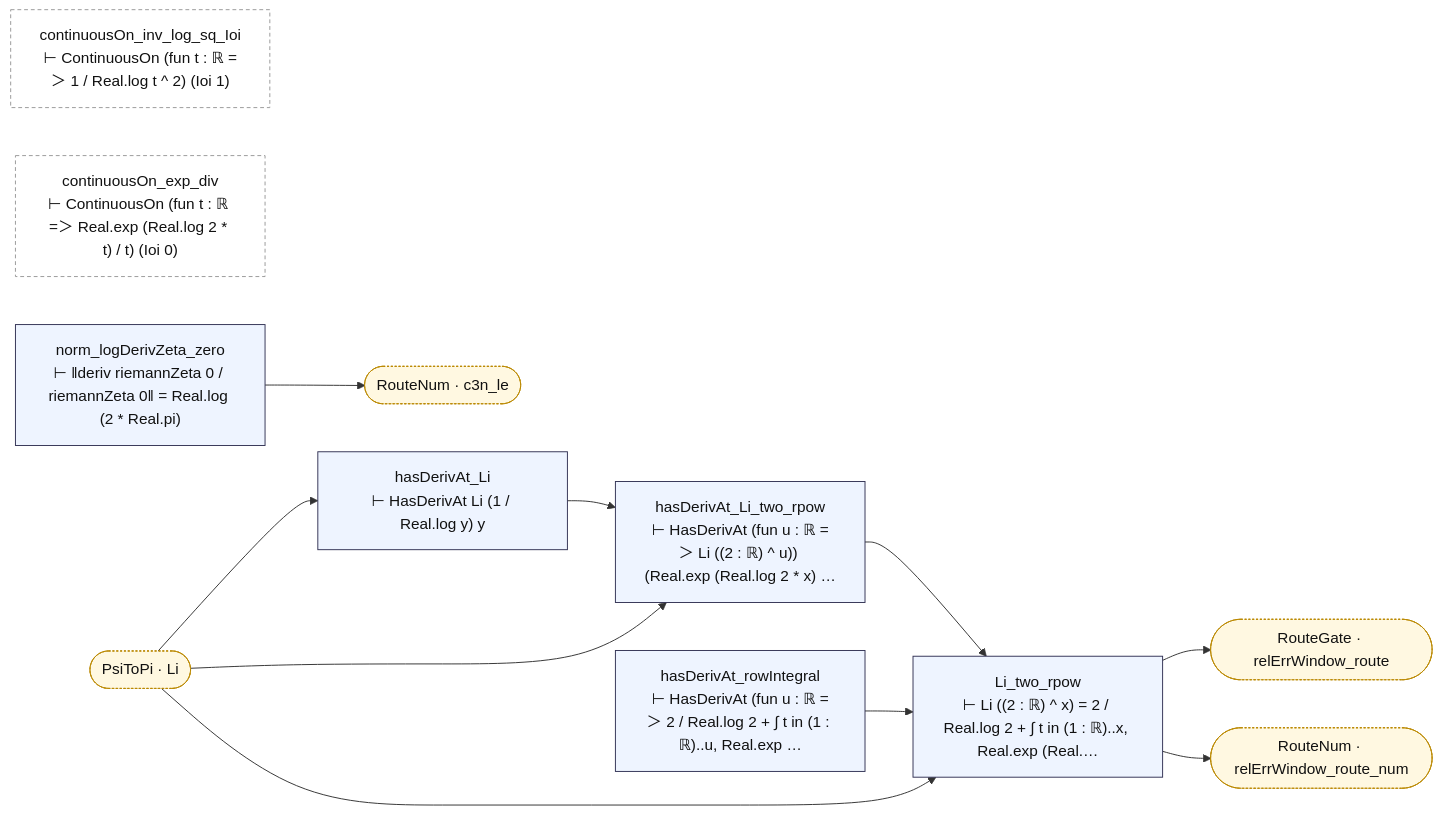
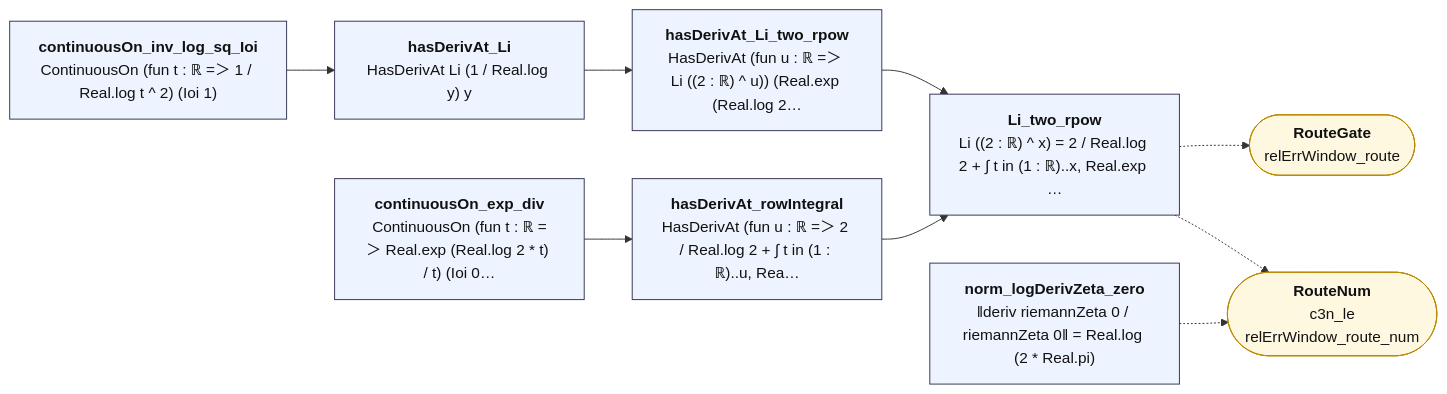
The diagram in map/lean_stage3/RowLeaves.md (juliansambranojr/Primebeat_081426), drawn with Mermaid before and after one commit. The commit also changed other lines of this file and 387 other files, not shown here.

````diff
--- a/map/lean_stage3/RowLeaves.md
+++ b/map/lean_stage3/RowLeaves.md
@@ -8,29 +12,25 @@
 ```mermaid
 flowchart LR
-  n0["continuousOn_inv_log_sq_Ioi<br/>⊢ ContinuousOn (fun t : ℝ =＞ 1 / Real.log t ^ 2) (Ioi 1)"]:::lone
-  n1["hasDerivAt_Li<br/>⊢ HasDerivAt Li (1 / Real.log y) y"]:::thm
-  n2["hasDerivAt_Li_two_rpow<br/>⊢ HasDerivAt (fun u : ℝ =＞ Li ((2 : ℝ) ^ u)) (Real.exp (Real.log 2 * x) …"]:::thm
-  n3["continuousOn_exp_div<br/>⊢ ContinuousOn (fun t : ℝ =＞ Real.exp (Real.log 2 * t) / t) (Ioi 0)"]:::lone
-  n4["hasDerivAt_rowIntegral<br/>⊢ HasDerivAt (fun u : ℝ =＞ 2 / Real.log 2 + ∫ t in (1 : ℝ)..u, Real.exp …"]:::thm
-  n5["Li_two_rpow<br/>⊢ Li ((2 : ℝ) ^ x) = 2 / Real.log 2 + ∫ t in (1 : ℝ)..x, Real.exp (Real.…"]:::thm
-  n6["norm_logDerivZeta_zero<br/>⊢ ‖deriv riemannZeta 0 / riemannZeta 0‖ = Real.log (2 * Real.pi)"]:::thm
-  x0(["PsiToPi · Li"]):::ext
-  x1(["RouteGate · relErrWindow_route"]):::ext
-  x2(["RouteNum · c3n_le"]):::ext
-  x3(["RouteNum · relErrWindow_route_num"]):::ext
+  n0["<b>continuousOn_inv_log_sq_Ioi</b><br/>ContinuousOn (fun t : ℝ =＞ 1 / Real.log t ^ 2) (Ioi 1)"]:::thm
+  n1["<b>hasDerivAt_Li</b><br/>HasDerivAt Li (1 / Real.log y) y"]:::thm
+  n2["<b>hasDerivAt_Li_two_rpow</b><br/>HasDerivAt (fun u : ℝ =＞ Li ((2 : ℝ) ^ u)) (Real.exp (Real.log 2…"]:::thm
+  n3["<b>continuousOn_exp_div</b><br/>ContinuousOn (fun t : ℝ =＞ Real.exp (Real.log 2 * t) / t) (Ioi 0…"]:::thm
+  n4["<b>hasDerivAt_rowIntegral</b><br/>HasDerivAt (fun u : ℝ =＞ 2 / Real.log 2 + ∫ t in (1 : ℝ)..u, Rea…"]:::thm
+  n5["<b>Li_two_rpow</b><br/>Li ((2 : ℝ) ^ x) = 2 / Real.log 2 + ∫ t in (1 : ℝ)..x, Real.exp …"]:::thm
+  n6["<b>norm_logDerivZeta_zero</b><br/>‖deriv riemannZeta 0 / riemannZeta 0‖ = Real.log (2 * Real.pi)"]:::thm
+  x0(["<b>RouteGate</b><br/>relErrWindow_route"]):::ext
+  x1(["<b>RouteNum</b><br/>c3n_le<br/>relErrWindow_route_num"]):::ext
+  n0 --> n1
   n1 --> n2
   n2 --> n5
+  n3 --> n4
   n4 --> n5
-  n5 --> x1
-  n5 --> x3
-  n6 --> x2
-  x0 --> n1
-  x0 --> n2
-  x0 --> n5
+  n5 -.-> x0
+  n5 -.-> x1
+  n6 -.-> x1
   classDef thm fill:#eef4ff,stroke:#335,color:#111
-  classDef dfn fill:#f2f2f2,stroke:#777,color:#111
   classDef end_ fill:#e7f7e7,stroke:#2a7,color:#111,stroke-width:2px
   classDef lone fill:#fff,stroke:#999,color:#111,stroke-dasharray:4 3
   classDef bad fill:#ffe5e5,stroke:#c22,color:#111,stroke-width:2px
-  classDef ext fill:#fff8e1,stroke:#b80,color:#111,stroke-dasharray:2 2
+  classDef ext fill:#fff8e1,stroke:#b80,color:#111
 ```
````
